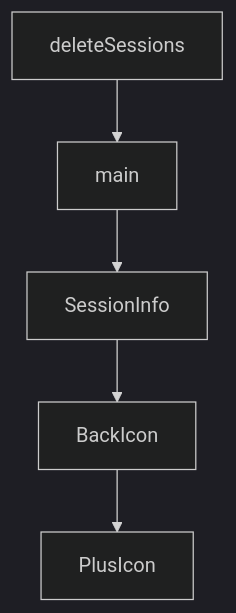
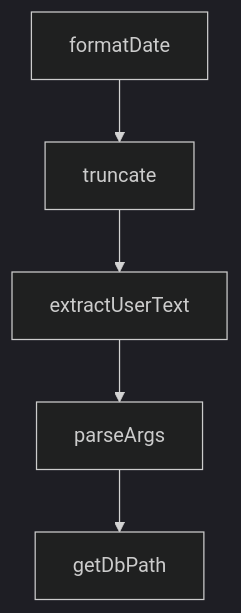
Before and after one commit to johnxie/awesome-code-docs: the second of 2 diagrams in tutorials/hapi-tutorial/03-session-lifecycle-and-handoff.md, drawn with Mermaid (dark theme). The commit also changed other lines of this file and 1232 other files, not shown here.

````diff
--- a/tutorials/hapi-tutorial/03-session-lifecycle-and-handoff.md
+++ b/tutorials/hapi-tutorial/03-session-lifecycle-and-handoff.md
@@ -267,12 +250,12 @@
 ```mermaid
 flowchart TD
-    A[deleteSessions]
-    B[main]
-    C[SessionInfo]
-    D[BackIcon]
-    E[PlusIcon]
+    A[formatDate]
+    B[truncate]
+    C[extractUserText]
+    D[parseArgs]
+    E[getDbPath]
     A --> B
     B --> C
     C --> D
     D --> E
 ```
````
